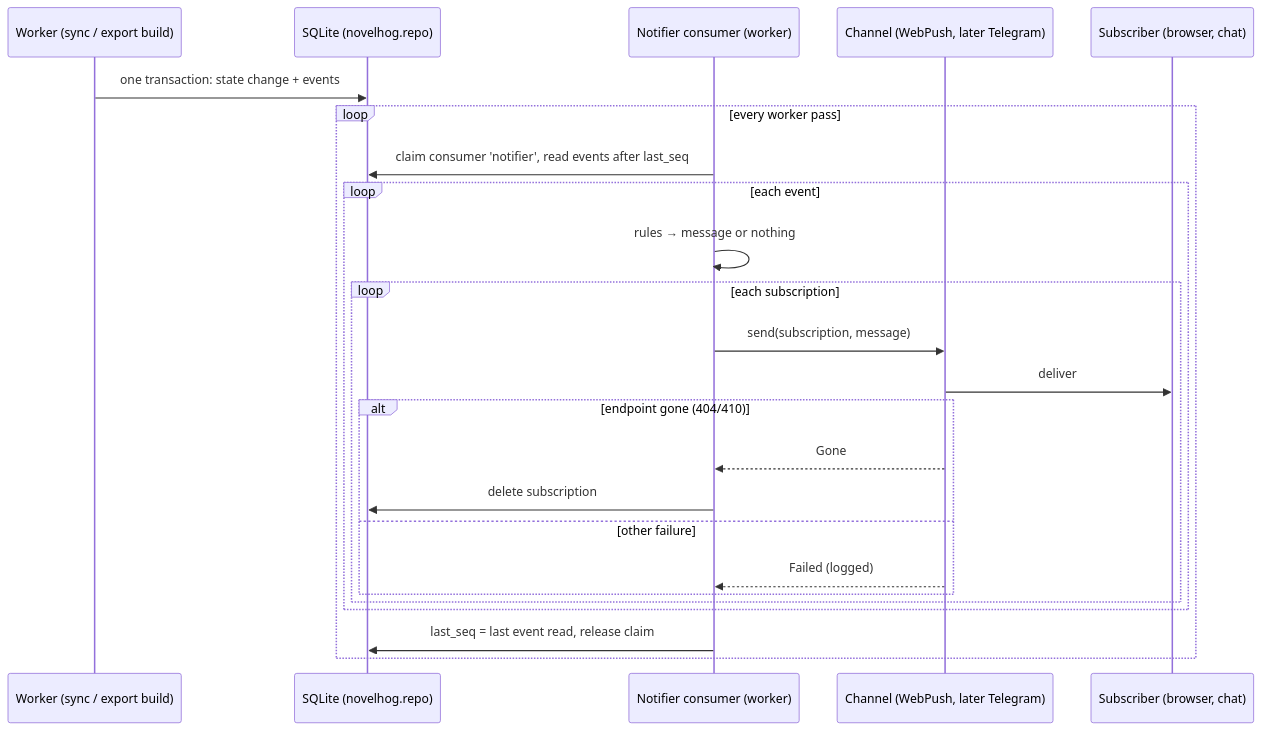
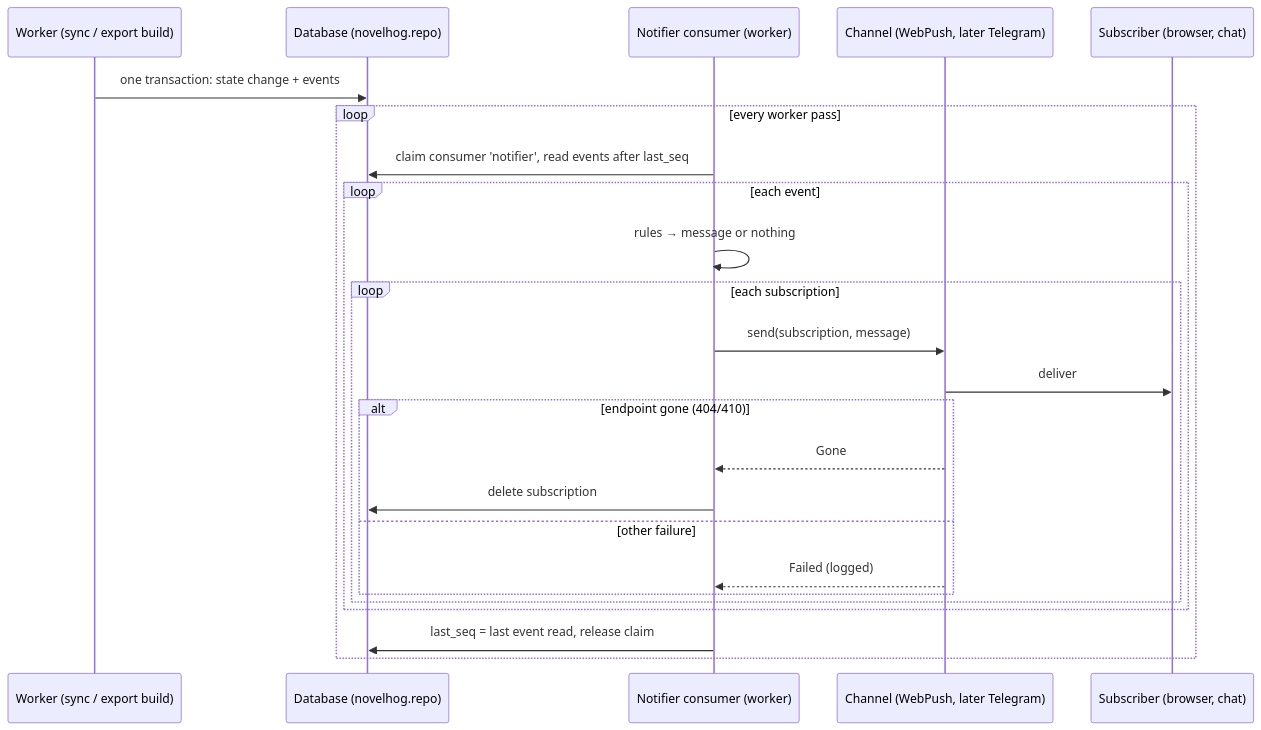
The fourth of 4 diagrams in docs/superpowers/specs/2026-10-18-novelhog-design.md (t3hk0d3/novelhog), drawn with Mermaid before and after one commit. The commit also changed other lines of this file and 1 other file, not shown here.

First line of the commit message:
docs: database access through SQLAlchemy Core with SQLite and Postgres support

````diff
--- a/docs/superpowers/specs/2026-10-18-novelhog-design.md
+++ b/docs/superpowers/specs/2026-10-18-novelhog-design.md
@@ -732,27 +764,27 @@
 ```mermaid
 sequenceDiagram
     participant W as Worker (sync / export build)
-    participant DB as SQLite (novelhog.repo)
+    participant DB as Database (novelhog.repo)
     participant N as Notifier consumer (worker)
     participant C as Channel (WebPush, later Telegram)
     participant S as Subscriber (browser, chat)
 
     W->>DB: one transaction: state change + events
     loop every worker pass
         N->>DB: claim consumer 'notifier', read events after last_seq
         loop each event
             N->>N: rules → message or nothing
             loop each subscription
                 N->>C: send(subscription, message)
                 C->>S: deliver
                 alt endpoint gone (404/410)
                     C-->>N: Gone
                     N->>DB: delete subscription
                 else other failure
                     C-->>N: Failed (logged)
                 end
             end
         end
         N->>DB: last_seq = last event read, release claim
     end
 ```
````
